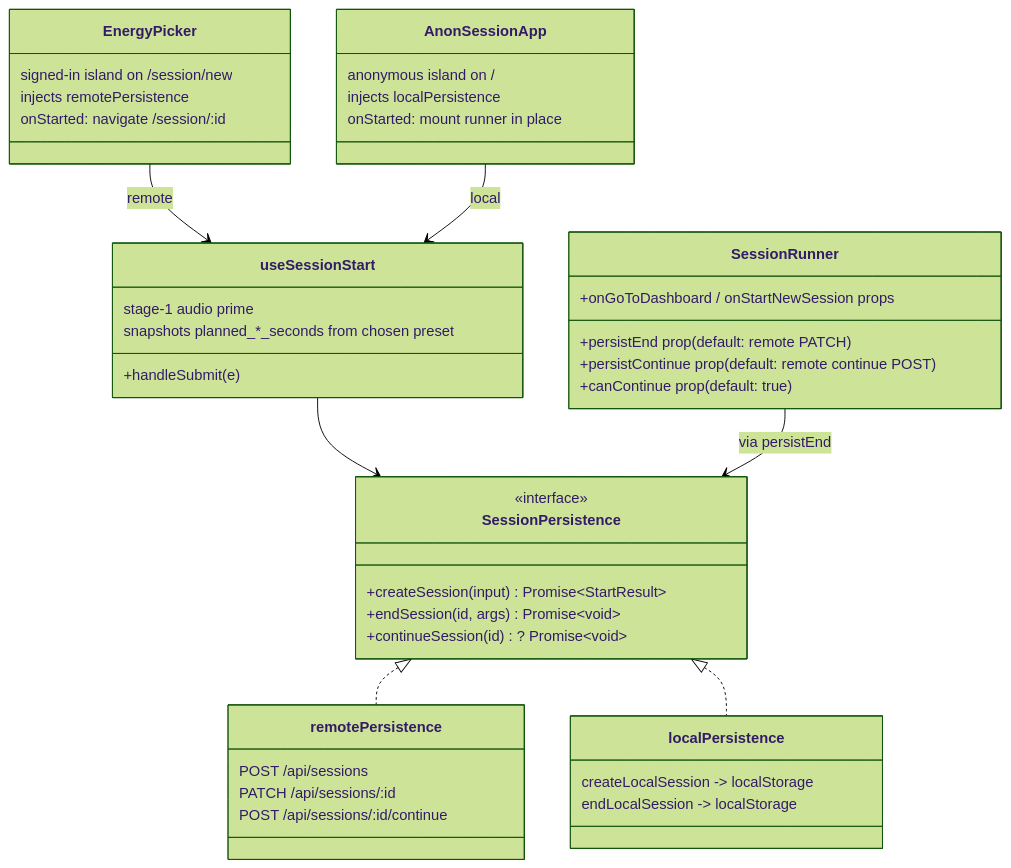
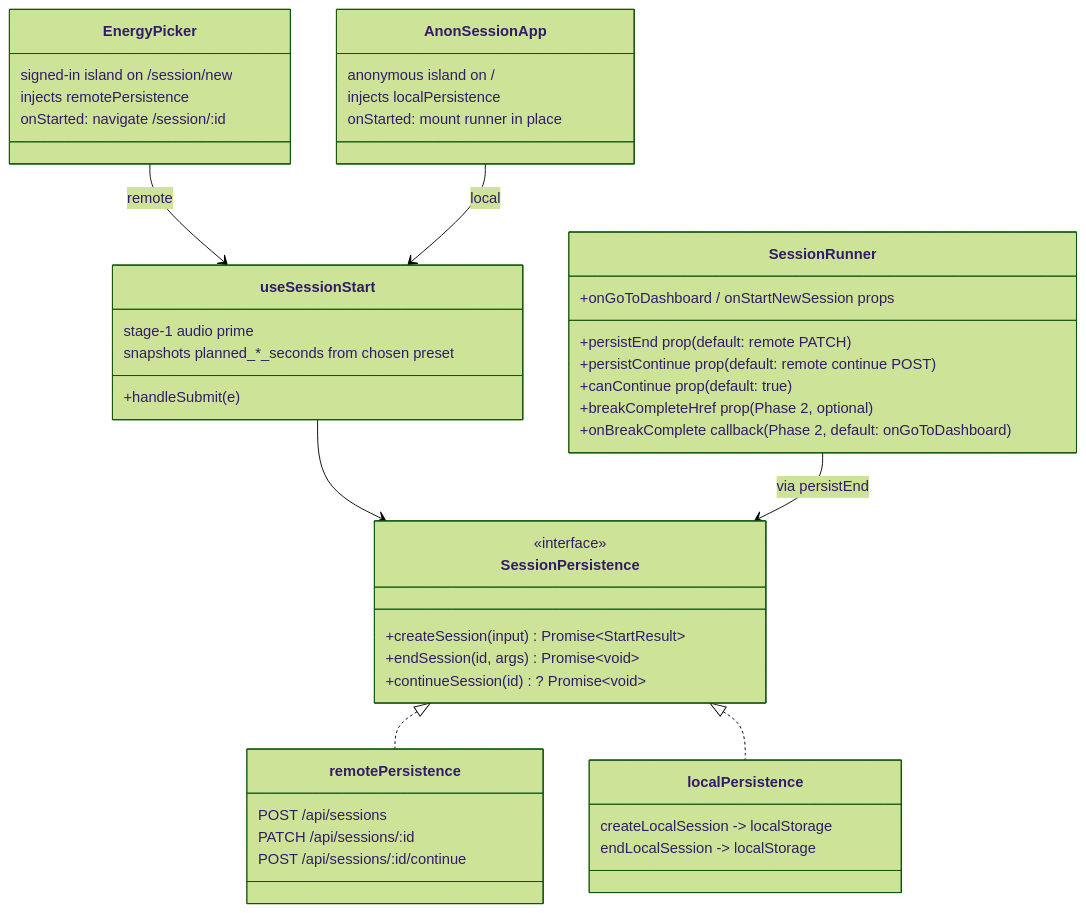
One commit to plpabla/pomosapiens changed the seventh of 11 diagrams in context/foundation/arch.md. Above: the diagram before and after it, drawn with Mermaid (forest theme). The commit also changed other lines of this file and 5 other files, not shown here.

````diff
--- a/context/foundation/arch.md
+++ b/context/foundation/arch.md
@@ -313,52 +319,54 @@
 ```mermaid
 classDiagram
     class SessionPersistence {
         <<interface>>
         +createSession(input) Promise~StartResult~
         +endSession(id, args) Promise~void~
         +continueSession(id)? Promise~void~
     }
 
     class remotePersistence {
         POST /api/sessions
         PATCH /api/sessions/:id
         POST /api/sessions/:id/continue
     }
 
     class localPersistence {
         createLocalSession -> localStorage
         endLocalSession -> localStorage
     }
 
     class useSessionStart {
         +handleSubmit(e)
         stage-1 audio prime
         snapshots planned_*_seconds from chosen preset
     }
 
     class SessionRunner {
         +persistEnd prop (default: remote PATCH)
         +persistContinue prop (default: remote continue POST)
         +canContinue prop (default: true)
         +onGoToDashboard / onStartNewSession props
+        +breakCompleteHref prop (Phase 2, optional)
+        +onBreakComplete callback (Phase 2, default: onGoToDashboard)
     }
 
     class EnergyPicker {
         signed-in island on /session/new
         injects remotePersistence
         onStarted: navigate /session/:id
     }
 
     class AnonSessionApp {
         anonymous island on /
         injects localPersistence
         onStarted: mount runner in place
     }
 
     SessionPersistence <|.. remotePersistence
     SessionPersistence <|.. localPersistence
     useSessionStart --> SessionPersistence
     SessionRunner --> SessionPersistence : via persistEnd
     EnergyPicker --> useSessionStart : remote
     AnonSessionApp --> useSessionStart : local
 ```
````
